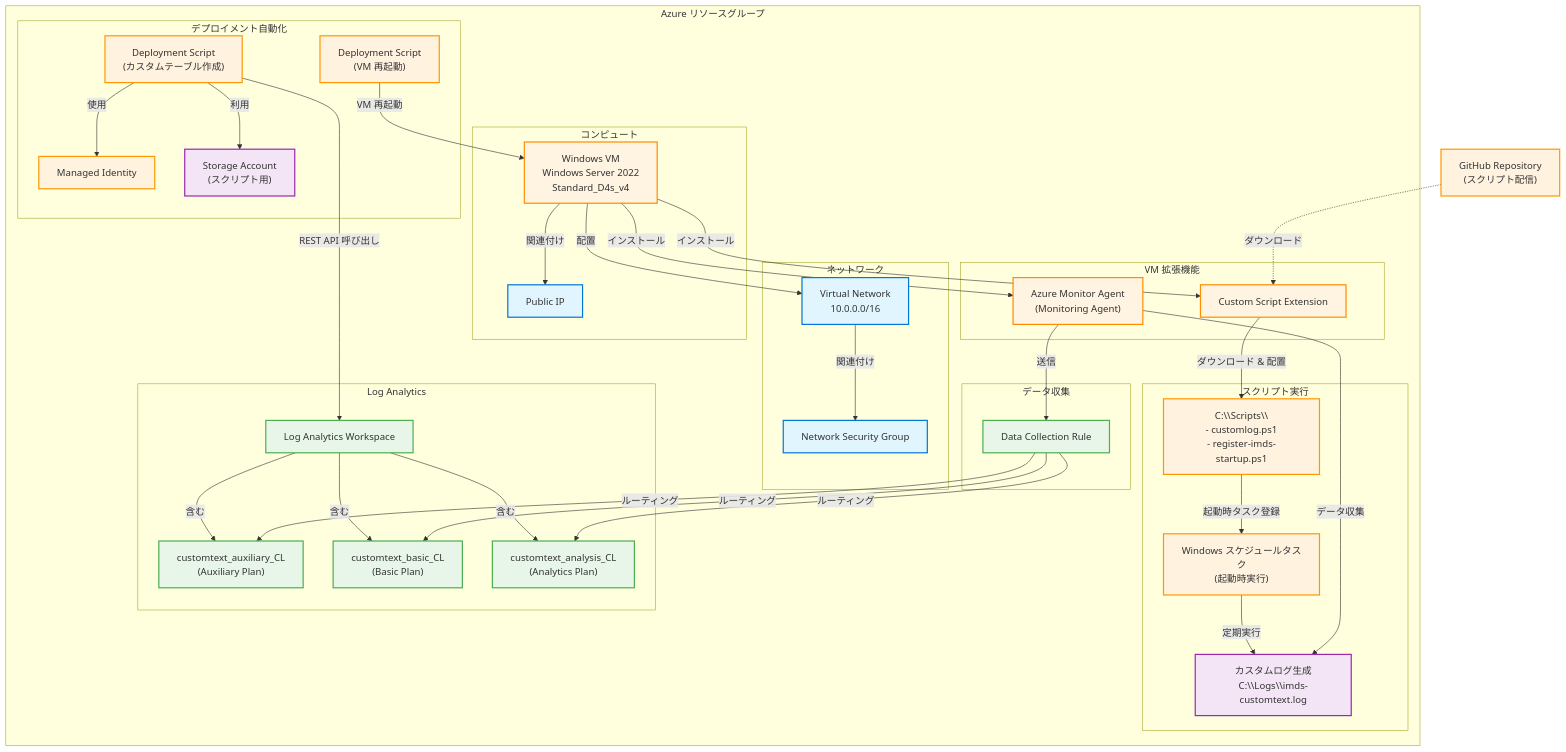
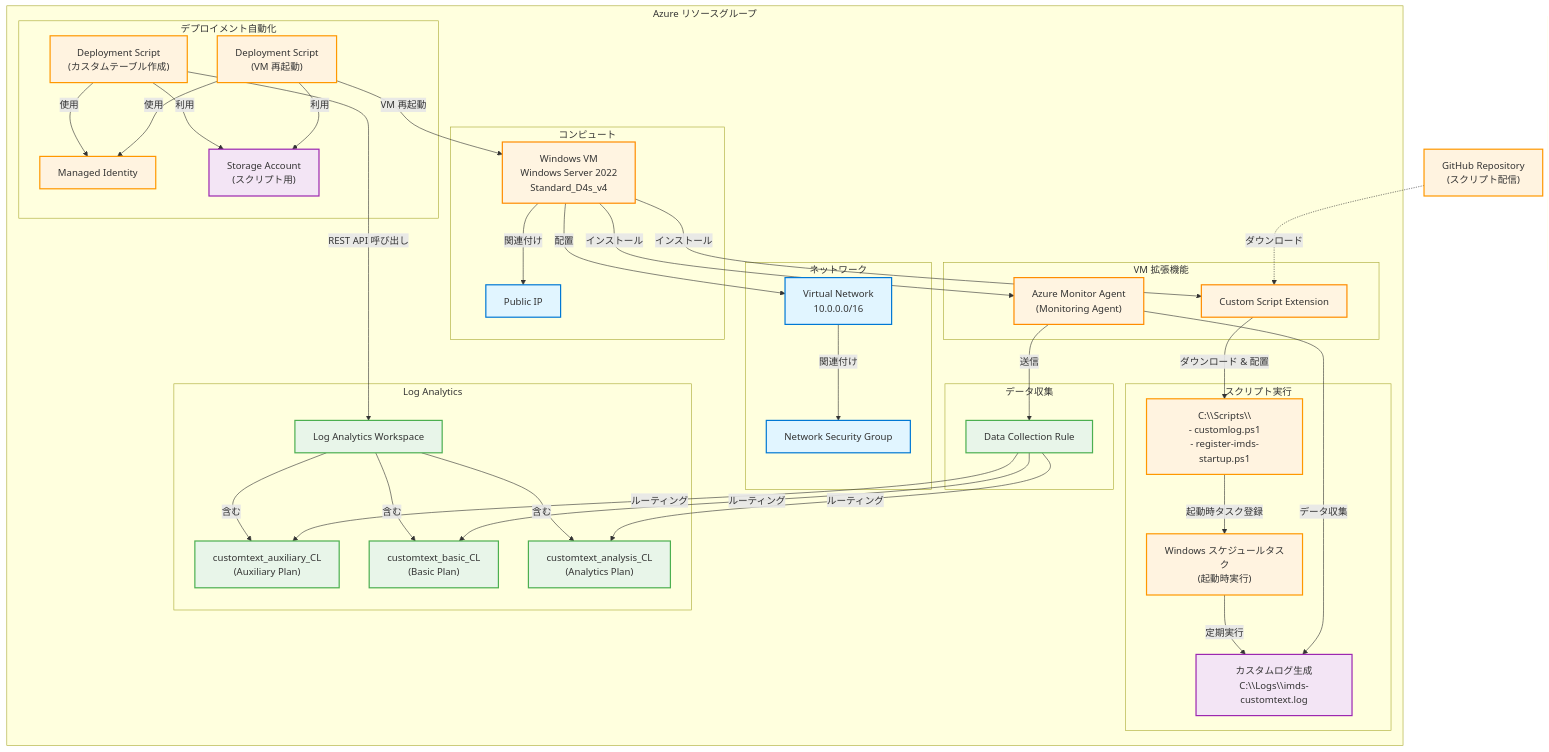
Before and after one commit to NakayamaKento/Azure_Bicep: the first of 2 diagrams in Blog/log_analytics_table_plan/README.md, drawn with Mermaid. The commit also changed 1 other file, not shown here.

Commit message:
Update README and main.bicep to correct script URIs and enhance diagram connections

````diff
--- a/Blog/log_analytics_table_plan/README.md
+++ b/Blog/log_analytics_table_plan/README.md
@@ -11,75 +11,77 @@
 ```mermaid
 graph TB
     subgraph "Azure リソースグループ"
         subgraph "ネットワーク"
             VNet["Virtual Network<br/>10.0.0.0/16"]
             NSG["Network Security Group"]
             VNet -->|関連付け| NSG
         end
         
         subgraph "コンピュート"
             VM["Windows VM<br/>Windows Server 2022<br/>Standard_D4s_v4"]
             PIP["Public IP"]
             VM -->|関連付け| PIP
             VM -->|配置| VNet
         end
         
         subgraph "VM 拡張機能"
             AMA["Azure Monitor Agent<br/>(Monitoring Agent)"]
             CSE["Custom Script Extension"]
             VM -->|インストール| AMA
             VM -->|インストール| CSE
         end
         
         subgraph "スクリプト実行"
             CSE -->|ダウンロード & 配置| Scripts["C:\\Scripts\\<br/>- customlog.ps1<br/>- register-imds-startup.ps1"]
             Scripts -->|起動時タスク登録| Task["Windows スケジュールタスク<br/>(起動時実行)"]
             Task -->|定期実行| LogGen["カスタムログ生成<br/>C:\\Logs\\imds-customtext.log"]
         end
         
         subgraph "Log Analytics"
             LAW["Log Analytics Workspace"]
             Table1["customtext_auxiliary_CL<br/>(Auxiliary Plan)"]
             Table2["customtext_basic_CL<br/>(Basic Plan)"]
             Table3["customtext_analysis_CL<br/>(Analytics Plan)"]
             LAW -->|含む| Table1
             LAW -->|含む| Table2
             LAW -->|含む| Table3
         end
         
         subgraph "データ収集"
             DCR["Data Collection Rule"]
             AMA -->|データ収集| LogGen
             AMA -->|送信| DCR
             DCR -->|ルーティング| Table1
             DCR -->|ルーティング| Table2
             DCR -->|ルーティング| Table3
         end
         
         subgraph "デプロイメント自動化"
             ManagedID["Managed Identity"]
             DeployScript["Deployment Script<br/>(カスタムテーブル作成)"]
             RestartScript["Deployment Script<br/>(VM 再起動)"]
             SA["Storage Account<br/>(スクリプト用)"]
             
             DeployScript -->|使用| ManagedID
             DeployScript -->|REST API 呼び出し| LAW
             DeployScript -->|利用| SA
             RestartScript -->|VM 再起動| VM
+            RestartScript -->|利用| SA
+            RestartScript -->|使用| ManagedID
         end
     end
     
     GitHub["GitHub Repository<br/>(スクリプト配信)"] -.->|ダウンロード| CSE
     
     classDef network fill:#e1f5ff,stroke:#0078d4,stroke-width:2px
     classDef compute fill:#fff4e1,stroke:#ff8c00,stroke-width:2px
     classDef monitoring fill:#e8f5e9,stroke:#4caf50,stroke-width:2px
     classDef storage fill:#f3e5f5,stroke:#9c27b0,stroke-width:2px
     classDef script fill:#fff3e0,stroke:#ff9800,stroke-width:2px
     
     class VNet,NSG,PIP network
     class VM,AMA,CSE compute
     class LAW,Table1,Table2,Table3,DCR monitoring
     class SA,LogGen storage
     class ManagedID,DeployScript,RestartScript,Scripts,Task,GitHub script
 ```
````
